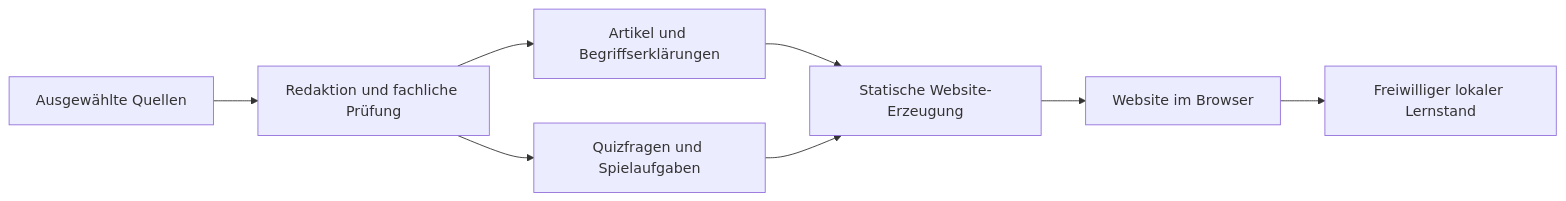
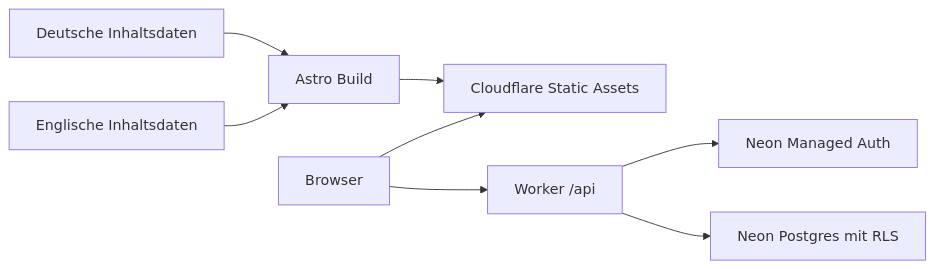
One commit to manuelk2607/IT-Worlds changed the diagram in docs/TECHNIK.md. Above: the diagram before and after it, drawn with Mermaid. The commit also changed other lines of this file and 61 other files, not shown here.

````diff
--- a/docs/TECHNIK.md
+++ b/docs/TECHNIK.md
@@ -23,10 +5,10 @@
 ```mermaid
 flowchart LR
-    Q[Ausgewählte Quellen] --> R[Redaktion und fachliche Prüfung]
-    R --> I[Artikel und Begriffserklärungen]
-    R --> U[Quizfragen und Spielaufgaben]
-    I --> B[Statische Website-Erzeugung]
-    U --> B
-    B --> W[Website im Browser]
-    W --> S[Freiwilliger lokaler Lernstand]
+    DE[Deutsche Inhaltsdaten] --> Build[Astro Build]
+    EN[Englische Inhaltsdaten] --> Build
+    Build --> Assets[Cloudflare Static Assets]
+    Browser --> Assets
+    Browser --> API[Worker /api]
+    API --> Auth[Neon Managed Auth]
+    API --> DB[Neon Postgres mit RLS]
 ```
````
